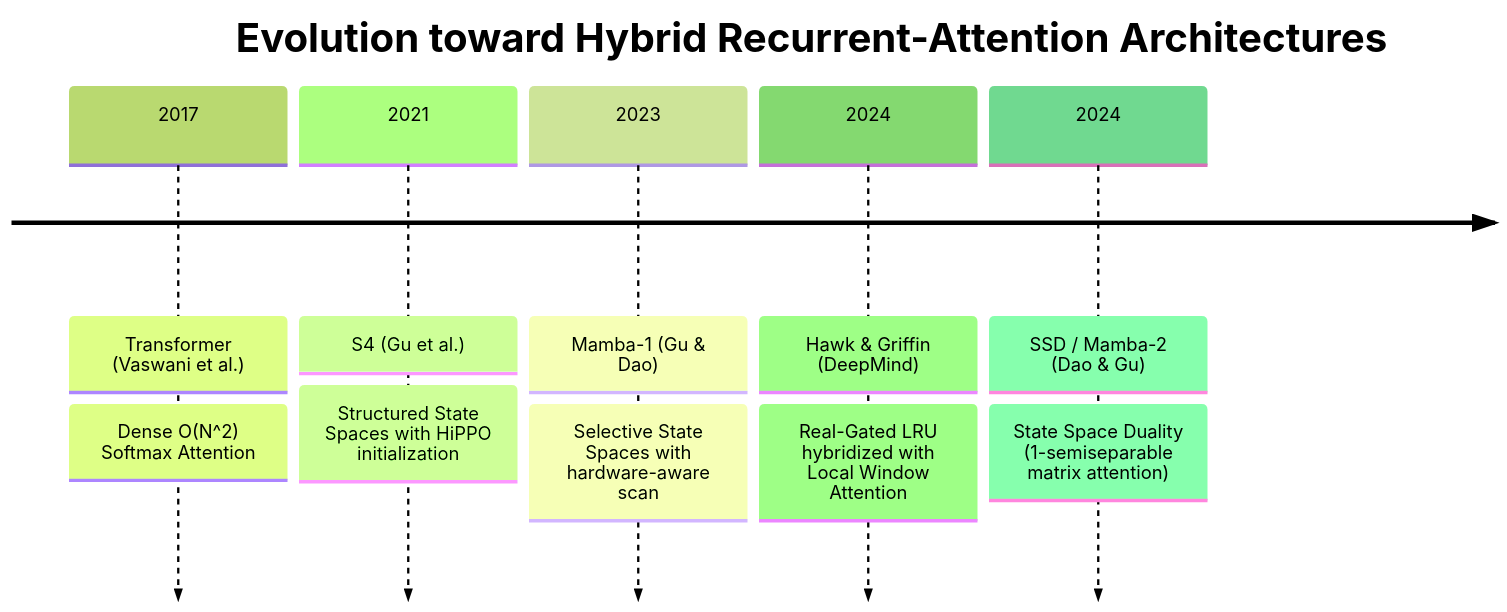
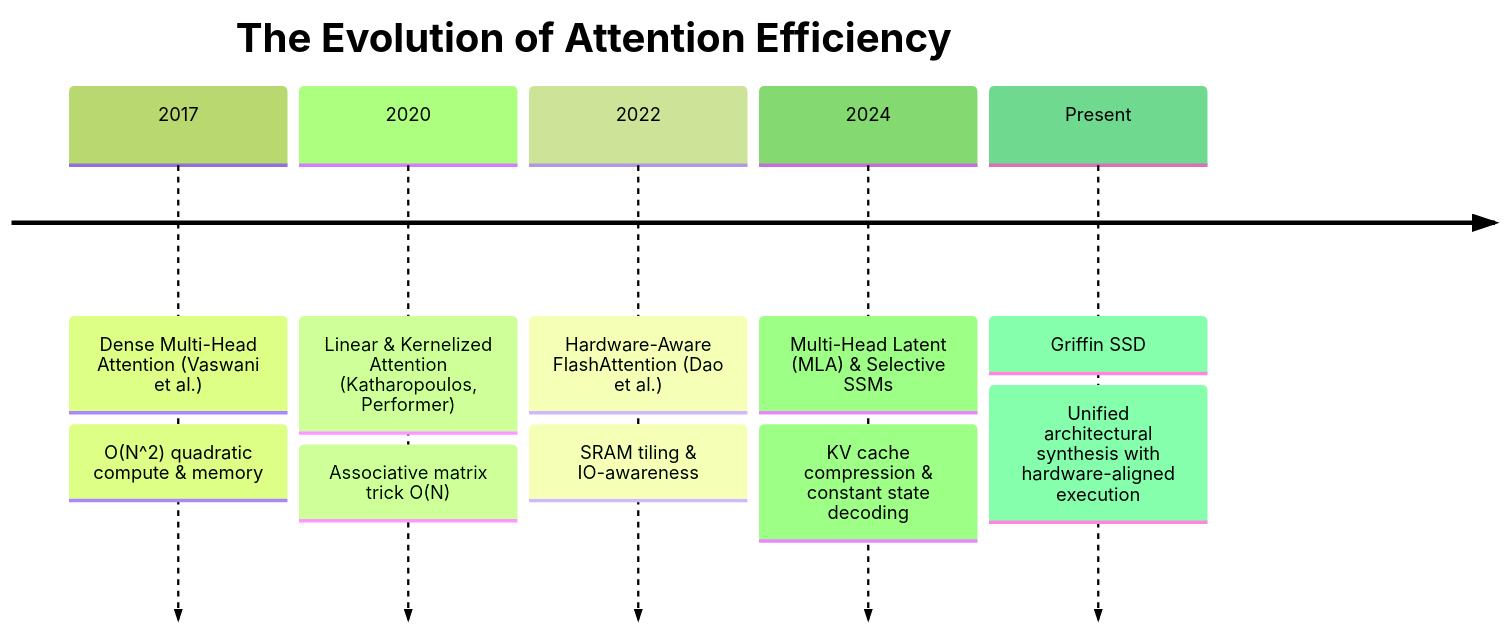
Before and after one commit to tahamajs/NeuralOps: the first of 2 diagrams in Docs/content/attentions_blog/griffin_ssd_blog.md, drawn with Mermaid (forest theme). The commit also changed other lines of this file and 193 other files, not shown here.

````diff
--- a/Docs/content/attentions_blog/griffin_ssd_blog.md
+++ b/Docs/content/attentions_blog/griffin_ssd_blog.md
@@ -76,9 +58,9 @@
 ```mermaid
 timeline
-    title Evolution toward Hybrid Recurrent-Attention Architectures
-    2017 : Transformer (Vaswani et al.) : Dense O(N^2) Softmax Attention
-    2021 : S4 (Gu et al.) : Structured State Spaces with HiPPO initialization
-    2023 : Mamba-1 (Gu & Dao) : Selective State Spaces with hardware-aware scan
-    2024 : Hawk & Griffin (DeepMind) : Real-Gated LRU hybridized with Local Window Attention
-    2024 : SSD / Mamba-2 (Dao & Gu) : State Space Duality (1-semiseparable matrix attention)
+    title The Evolution of Attention Efficiency
+    2017 : Dense Multi-Head Attention (Vaswani et al.) : O(N^2) quadratic compute & memory
+    2020 : Linear & Kernelized Attention (Katharopoulos, Performer) : Associative matrix trick O(N)
+    2022 : Hardware-Aware FlashAttention (Dao et al.) : SRAM tiling & IO-awareness
+    2024 : Multi-Head Latent (MLA) & Selective SSMs : KV cache compression & constant state decoding
+    Present : Griffin SSD : Unified architectural synthesis with hardware-aligned execution
 ```
````
